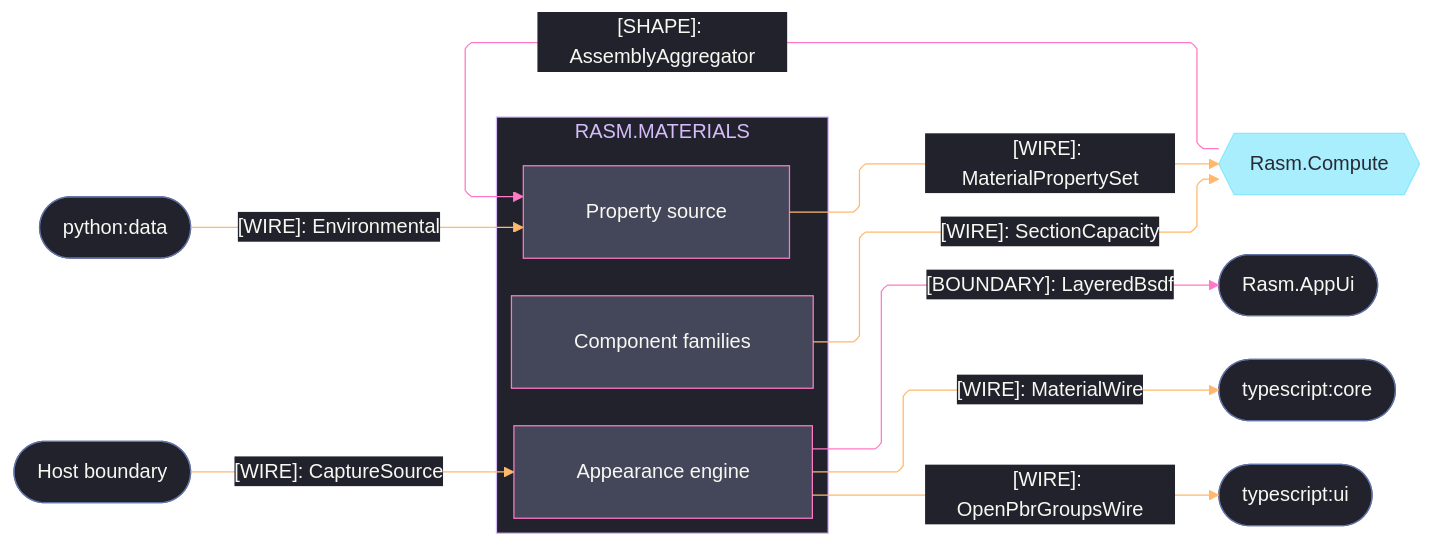
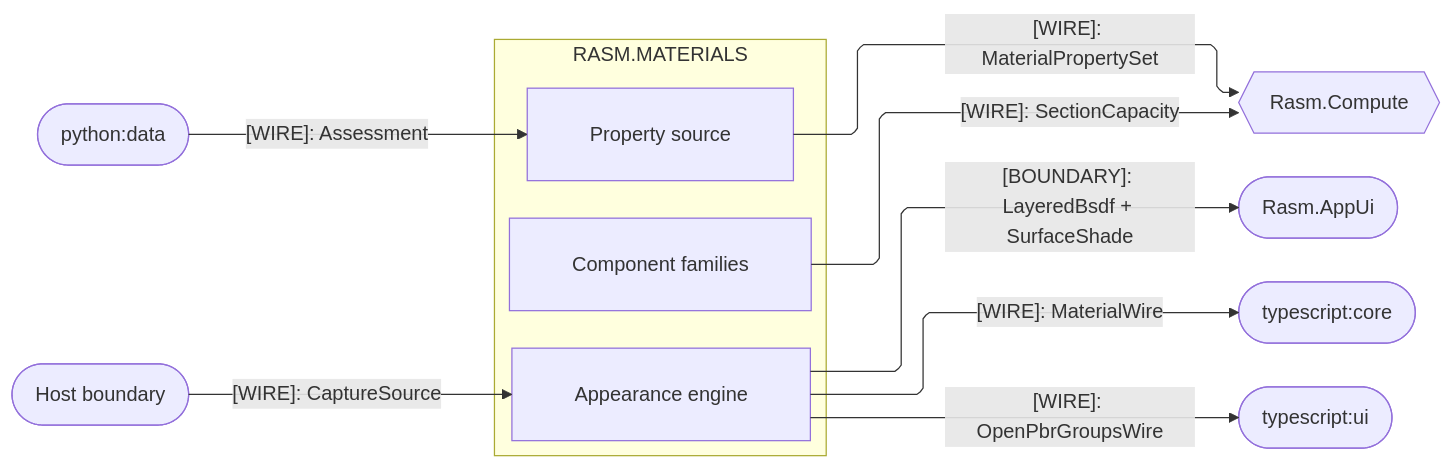
One commit to bsamiee/Rasm changed the third of 3 diagrams in libs/csharp/Rasm.Materials/ARCHITECTURE.md. Above: the diagram before and after it, drawn with Mermaid. The commit also changed other lines of this file and 460 other files, not shown here.

````diff
--- a/libs/csharp/Rasm.Materials/ARCHITECTURE.md
+++ b/libs/csharp/Rasm.Materials/ARCHITECTURE.md
@@ -171,60 +111,30 @@
 ```mermaid
 ---
 config:
-  theme: base
-  look: classic
   layout: elk
   flowchart:
     curve: linear
     padding: 25
-  themeVariables:
-    darkMode: true
-    fontFamily: "SF Mono, Menlo, Cascadia Mono, Segoe UI Mono, Consolas, monospace"
-    useGradient: false
-    dropShadow: "none"
-    background: "#282A36"
-    primaryColor: "#44475A"
-    primaryTextColor: "#F8F8F2"
-    primaryBorderColor: "#BD93F9"
-    lineColor: "#FF79C6"
-    textColor: "#F8F8F2"
-    clusterBkg: "#21222C"
-    clusterBorder: "#D6BCFA"
-    edgeLabelBackground: "#21222C"
-    labelBackgroundColor: "#21222C"
-    titleColor: "#D6BCFA"
-  themeCSS: ".nodeLabel{font-size:13px;font-weight:500}.edgeLabel{font-size:12px;font-weight:500}.cluster-label .nodeLabel{font-size:13.5px;font-weight:700;letter-spacing:.08em}.edge-thickness-normal{stroke-width:2px}.edge-thickness-thick{stroke-width:3px}.edge-pattern-dashed,.edge-pattern-dotted{stroke-width:1.5px;stroke-dasharray:4 6}.node rect,.node circle,.node polygon,.node path,.node .outer-path{stroke-width:1.5px;filter:none!important}.cluster rect{stroke-width:1px!important;stroke-dasharray:5 4!important;filter:none!important}.marker path{transform:scale(.8);transform-origin:5px 5px}.marker circle{transform:scale(.48);transform-origin:5px 5px}.edgeLabel rect{transform-box:fill-box;transform-origin:center;transform:scale(1.1,1.2)}"
 ---
 flowchart LR
     accTitle: Materials platform, compute, and cross-runtime seams
-    accDescr: Materials sub-domain owners exchanging capacity, property, appearance, and capture wires with compute, the render host, the Python data peer, and the TypeScript core and viewer peers, edge rails colored by kind and nodes classed by seam direction.
+    accDescr: Materials sub-domain owners exchanging capacity, property, appearance, and capture wires with compute, the render host, the Python data peer, and the TypeScript core and viewer peers, one edge per contract family labeled by kind.
     subgraph materials[RASM.MATERIALS]
         Component[Component families]
         Properties[Property source]
         Appearance[Appearance engine]
     end
     Compute{{Rasm.Compute}}
     AppUi([Rasm.AppUi])
     DataPeer([python:data])
     Core([typescript:core])
     Ui([typescript:ui])
     Host([Host boundary])
     Component e1@-->|"[WIRE]: SectionCapacity"| Compute
     Properties e2@-->|"[WIRE]: MaterialPropertySet"| Compute
-    Compute e3@-->|"[SHAPE]: AssemblyAggregator"| Properties
-    DataPeer e4@-->|"[WIRE]: Environmental"| Properties
-    Appearance e5@-->|"[BOUNDARY]: LayeredBsdf"| AppUi
-    Appearance e6@-->|"[WIRE]: MaterialWire"| Core
-    Appearance e7@-->|"[WIRE]: OpenPbrGroupsWire"| Ui
-    Host e8@-->|"[WIRE]: CaptureSource"| Appearance
-    classDef primary fill:#44475A,stroke:#FF79C6,color:#F8F8F2
-    classDef external fill:#8BE9FDBF,stroke:#8BE9FD,color:#282A36
-    classDef annotation fill:#21222C,stroke:#6272A4,color:#F8F8F2
-    classDef edgeData stroke:#FFB86C,color:#F8F8F2
-    classDef edgeControl stroke:#FF79C6,color:#F8F8F2
-    class Component,Properties,Appearance primary
-    class Compute external
-    class AppUi,DataPeer,Core,Ui,Host annotation
-    class e3,e5 edgeControl
-    class e1,e2,e4,e6,e7,e8 edgeData
+    DataPeer e3@-->|"[WIRE]: Assessment"| Properties
+    Appearance e4@-->|"[BOUNDARY]: LayeredBsdf + SurfaceShade"| AppUi
+    Appearance e5@-->|"[WIRE]: MaterialWire"| Core
+    Appearance e6@-->|"[WIRE]: OpenPbrGroupsWire"| Ui
+    Host e7@-->|"[WIRE]: CaptureSource"| Appearance
 ```
````
